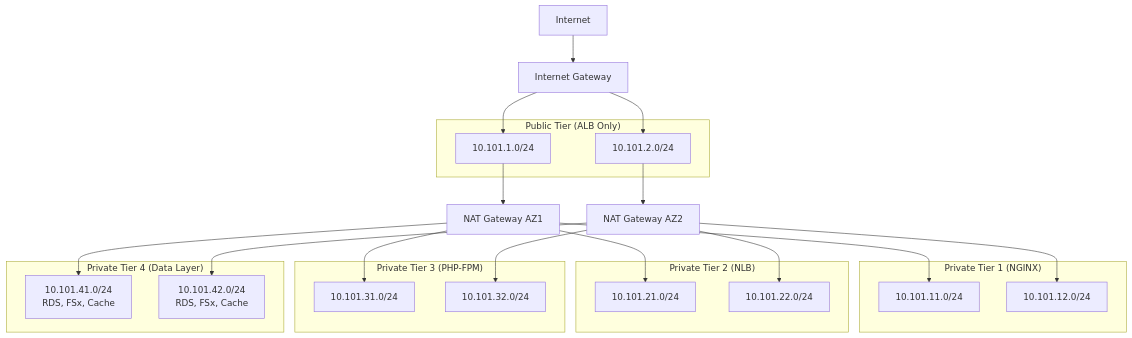
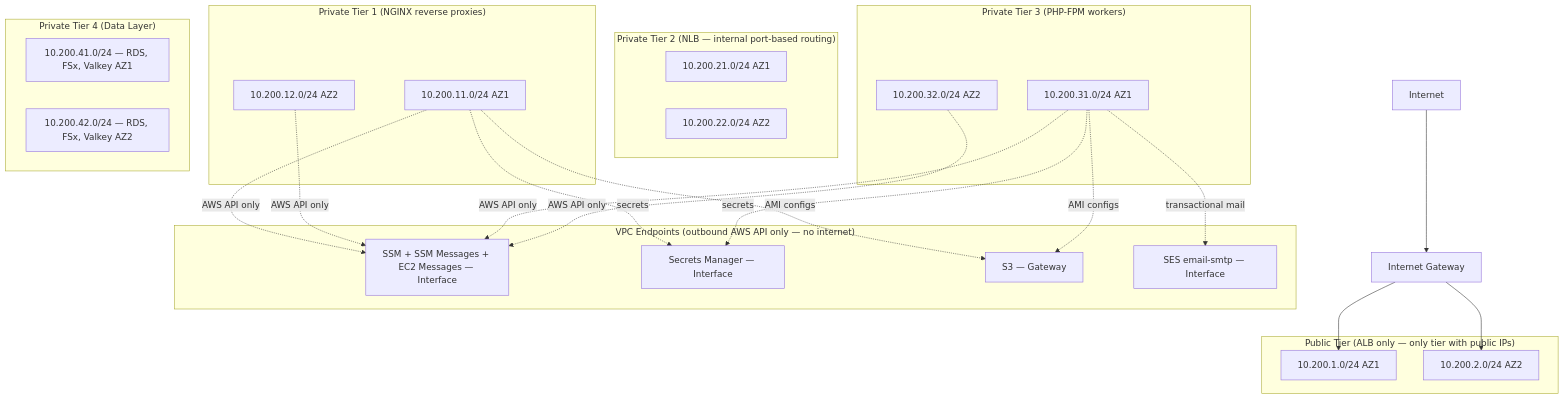
Before and after one commit to worx/cf-scalable-web: the first of 16 diagrams in docs/ARCHITECTURE.md, drawn with Mermaid. The commit also changed other lines of this file, not shown here.

First paragraph of the commit message:
docs(architecture): correct VPC diagram + remove stale NAT Gateway refs
The VPC Layout diagram and its "Key Points" footnote claimed NAT Gateways
provide outbound internet for OS updates / package installs. That's
wrong on two counts:

````diff
--- a/docs/ARCHITECTURE.md
+++ b/docs/ARCHITECTURE.md
@@ -13,46 +21,51 @@
 ```mermaid
 graph TB
     Internet[Internet]
     IGW[Internet Gateway]
-    NAT1[NAT Gateway AZ1]
-    NAT2[NAT Gateway AZ2]
 
-    subgraph "Public Tier (ALB Only)"
-        PublicSubnet1[10.101.1.0/24]
-        PublicSubnet2[10.101.2.0/24]
+    subgraph "Public Tier (ALB only — only tier with public IPs)"
+        PublicSubnet1[10.200.1.0/24 AZ1]
+        PublicSubnet2[10.200.2.0/24 AZ2]
     end
 
-    subgraph "Private Tier 1 (NGINX)"
-        NginxSubnet1[10.101.11.0/24]
-        NginxSubnet2[10.101.12.0/24]
+    subgraph "Private Tier 1 (NGINX reverse proxies)"
+        NginxSubnet1[10.200.11.0/24 AZ1]
+        NginxSubnet2[10.200.12.0/24 AZ2]
     end
 
-    subgraph "Private Tier 2 (NLB)"
-        NLBSubnet1[10.101.21.0/24]
-        NLBSubnet2[10.101.22.0/24]
+    subgraph "Private Tier 2 (NLB — internal port-based routing)"
+        NLBSubnet1[10.200.21.0/24 AZ1]
+        NLBSubnet2[10.200.22.0/24 AZ2]
     end
 
-    subgraph "Private Tier 3 (PHP-FPM)"
-        PHPSubnet1[10.101.31.0/24]
-        PHPSubnet2[10.101.32.0/24]
+    subgraph "Private Tier 3 (PHP-FPM workers)"
+        PHPSubnet1[10.200.31.0/24 AZ1]
+        PHPSubnet2[10.200.32.0/24 AZ2]
     end
 
     subgraph "Private Tier 4 (Data Layer)"
-        DataSubnet1[10.101.41.0/24<br/>RDS, FSx, Cache]
-        DataSubnet2[10.101.42.0/24<br/>RDS, FSx, Cache]
+        DataSubnet1[10.200.41.0/24 — RDS, FSx, Valkey AZ1]
+        DataSubnet2[10.200.42.0/24 — RDS, FSx, Valkey AZ2]
+    end
+
+    subgraph "VPC Endpoints (outbound AWS API only — no internet)"
+        EpSSM[SSM + SSM Messages + EC2 Messages — Interface]
+        EpSM[Secrets Manager — Interface]
+        EpS3[S3 — Gateway]
+        EpSES[SES email-smtp — Interface]
     end
 
     Internet --> IGW
     IGW --> PublicSubnet1
     IGW --> PublicSubnet2
-    PublicSubnet1 --> NAT1
-    PublicSubnet2 --> NAT2
-    NAT1 --> NginxSubnet1
-    NAT2 --> NginxSubnet2
-    NAT1 --> NLBSubnet1
-    NAT2 --> NLBSubnet2
-    NAT1 --> PHPSubnet1
-    NAT2 --> PHPSubnet2
-    NAT1 --> DataSubnet1
-    NAT2 --> DataSubnet2
+
+    NginxSubnet1 -.->|"AWS API only"| EpSSM
+    NginxSubnet2 -.->|"AWS API only"| EpSSM
+    PHPSubnet1 -.->|"AWS API only"| EpSSM
+    PHPSubnet2 -.->|"AWS API only"| EpSSM
+    NginxSubnet1 -.->|"secrets"| EpSM
+    PHPSubnet1 -.->|"secrets"| EpSM
+    NginxSubnet1 -.->|"AMI configs"| EpS3
+    PHPSubnet1 -.->|"AMI configs"| EpS3
+    PHPSubnet1 -.->|"transactional mail"| EpSES
 ```
````
